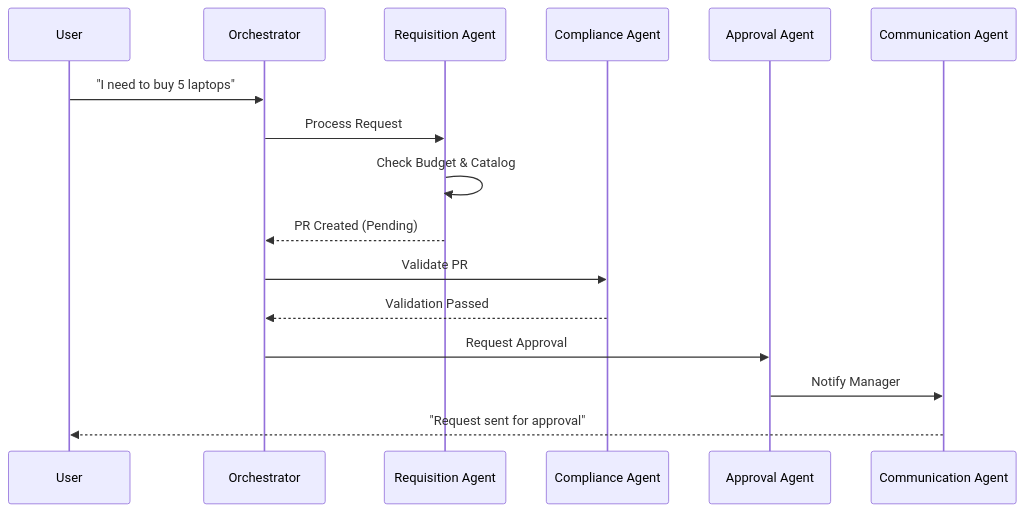
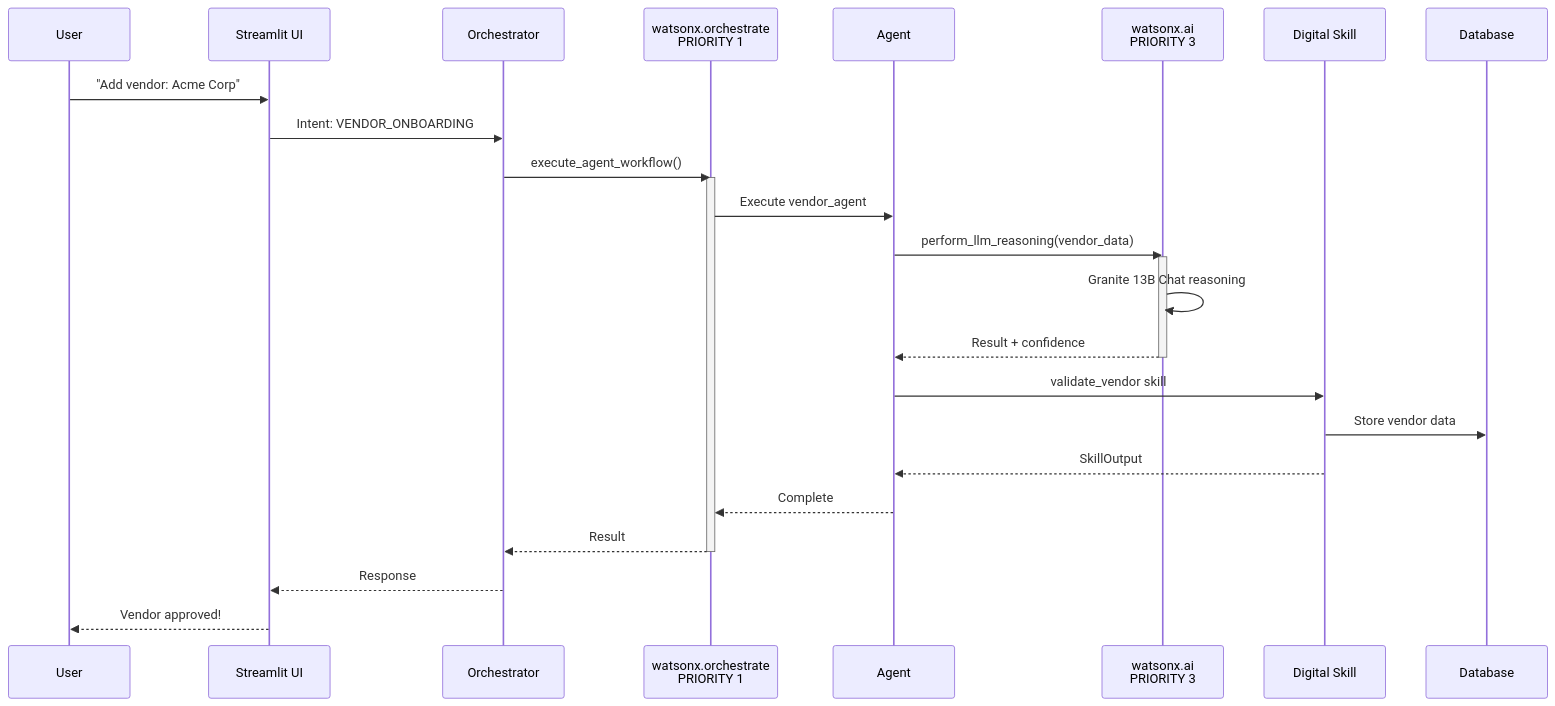
One commit to Aadthiyan/Smart_Procurement_Co-Pilot changed the second of 2 diagrams in docs/architecture.md. Above: the diagram before and after it, drawn with Mermaid. The commit also changed other lines of this file and 82 other files, not shown here.

````diff
--- a/docs/architecture.md
+++ b/docs/architecture.md
@@ -34,19 +48,35 @@
 ```mermaid
 sequenceDiagram
     participant User
-    participant App as Orchestrator
-    participant RA as Requisition Agent
-    participant CA as Compliance Agent
-    participant AA as Approval Agent
-    participant CMA as Communication Agent
+    participant UI as Streamlit UI
+    participant Orch as Orchestrator
+    participant WXO as watsonx.orchestrate<br/>PRIORITY 1
+    participant Agent as Agent
+    participant WXA as watsonx.ai<br/>PRIORITY 3
+    participant Skill as Digital Skill
+    participant DB as Database
 
-    User->>App: "I need to buy 5 laptops"
-    App->>RA: Process Request
-    RA->>RA: Check Budget & Catalog
-    RA-->>App: PR Created (Pending)
-    App->>CA: Validate PR
-    CA-->>App: Validation Passed
-    App->>AA: Request Approval
-    AA->>CMA: Notify Manager
-    CMA-->>User: "Request sent for approval"
+    User->>UI: "Add vendor: Acme Corp"
+    UI->>Orch: Intent: VENDOR_ONBOARDING
+    
+    Orch->>WXO: execute_agent_workflow()
+    activate WXO
+    WXO->>Agent: Execute vendor_agent
+    
+    Agent->>WXA: perform_llm_reasoning(vendor_data)
+    activate WXA
+    WXA->>WXA: Granite 13B Chat reasoning
+    WXA-->>Agent: Result + confidence
+    deactivate WXA
+    
+    Agent->>Skill: validate_vendor skill
+    Skill->>DB: Store vendor data
+    Skill-->>Agent: SkillOutput
+    
+    Agent-->>WXO: Complete
+    WXO-->>Orch: Result
+    deactivate WXO
+    
+    Orch-->>UI: Response
+    UI-->>User: Vendor approved!
 ```
````
